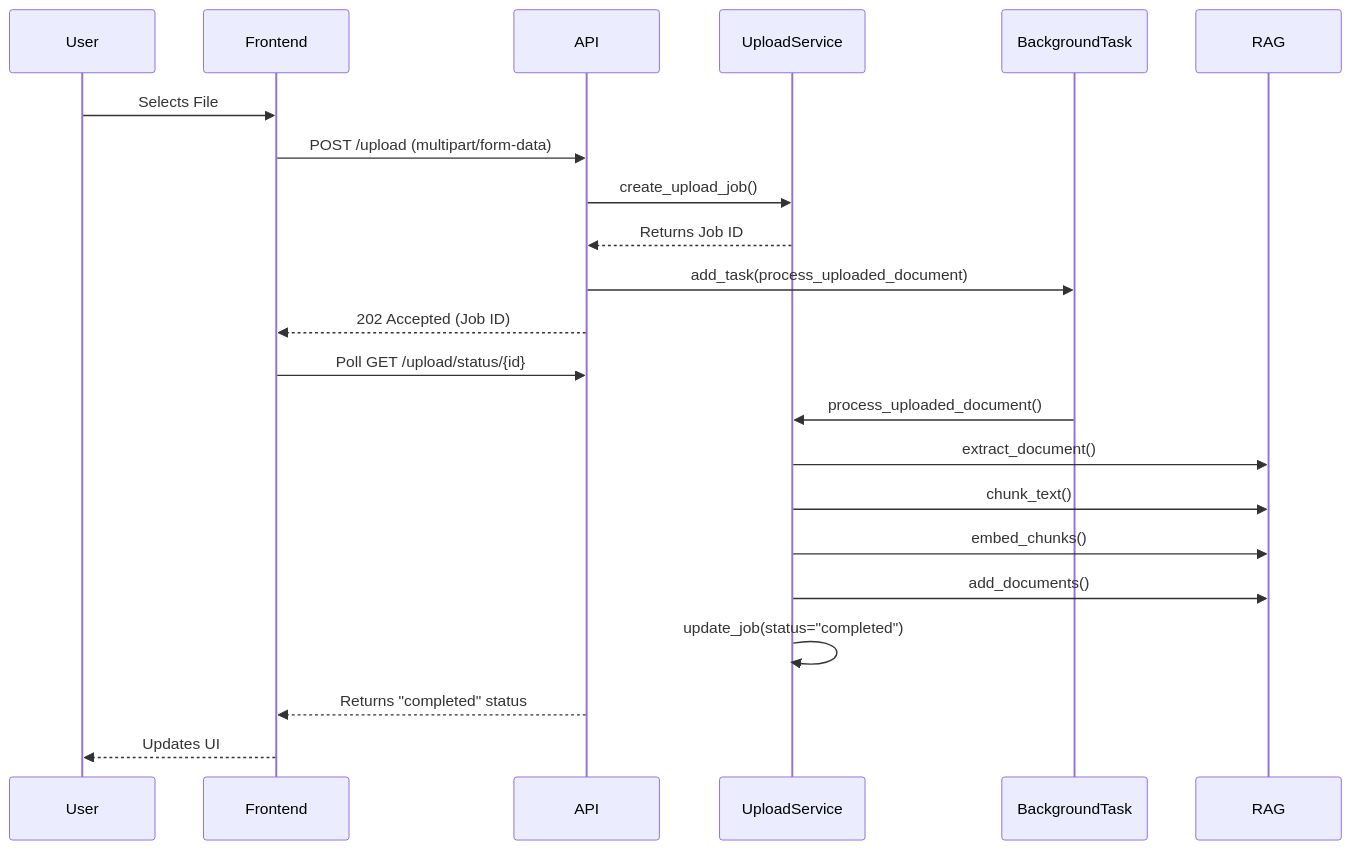
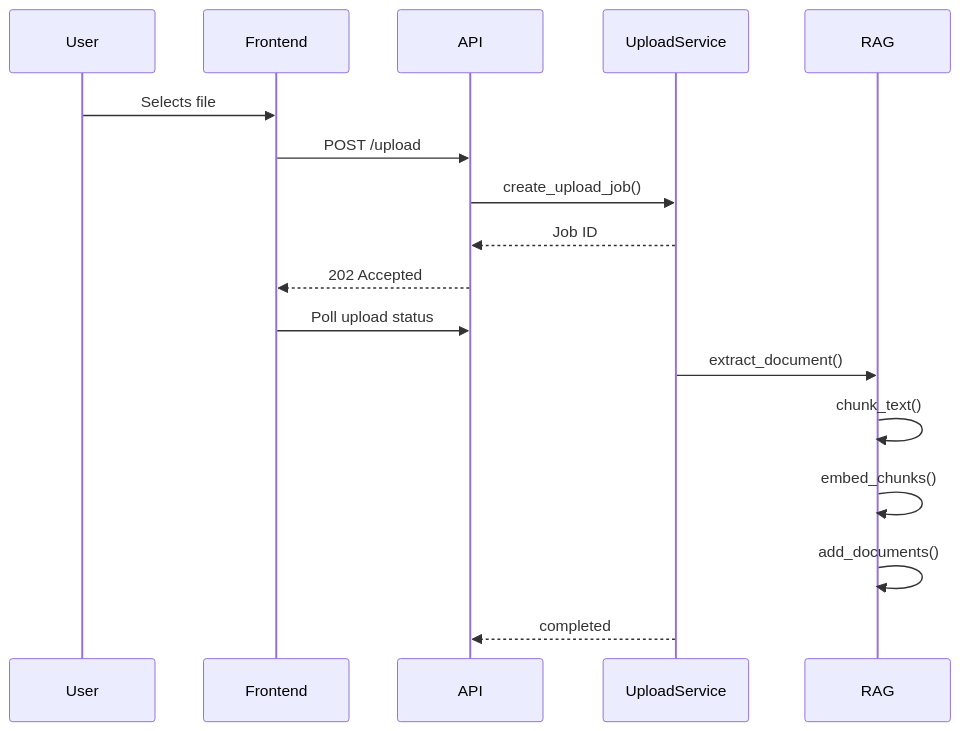
One commit to poojithamalaparaju-ctrl/Development-of-AI-Based-Knowledge-Retrieval-Platform-with-Query-Resolution-System changed the third of 7 diagrams in PROJECT_GUIDE.md. Above: the diagram before and after it, drawn with Mermaid. The commit also changed other lines of this file and 26 other files, not shown here.

````diff
--- a/PROJECT_GUIDE.md
+++ b/PROJECT_GUIDE.md
@@ -305,27 +371,19 @@
 ```mermaid
 sequenceDiagram
     participant User
     participant Frontend
     participant API
     participant UploadService
-    participant BackgroundTask
     participant RAG
-
-    User->>Frontend: Selects File
-    Frontend->>API: POST /upload (multipart/form-data)
+    User->>Frontend: Selects file
+    Frontend->>API: POST /upload
     API->>UploadService: create_upload_job()
-    UploadService-->>API: Returns Job ID
-    API->>BackgroundTask: add_task(process_uploaded_document)
-    API-->>Frontend: 202 Accepted (Job ID)
-    Frontend->>API: Poll GET /upload/status/{id}
-    
-    BackgroundTask->>UploadService: process_uploaded_document()
+    UploadService-->>API: Job ID
+    API-->>Frontend: 202 Accepted
+    Frontend->>API: Poll upload status
     UploadService->>RAG: extract_document()
-    UploadService->>RAG: chunk_text()
-    UploadService->>RAG: embed_chunks()
-    UploadService->>RAG: add_documents()
-    UploadService->>UploadService: update_job(status="completed")
-    
-    API-->>Frontend: Returns "completed" status
-    Frontend-->>User: Updates UI
+    RAG->>RAG: chunk_text()
+    RAG->>RAG: embed_chunks()
+    RAG->>RAG: add_documents()
+    UploadService-->>API: completed
 ```
````
